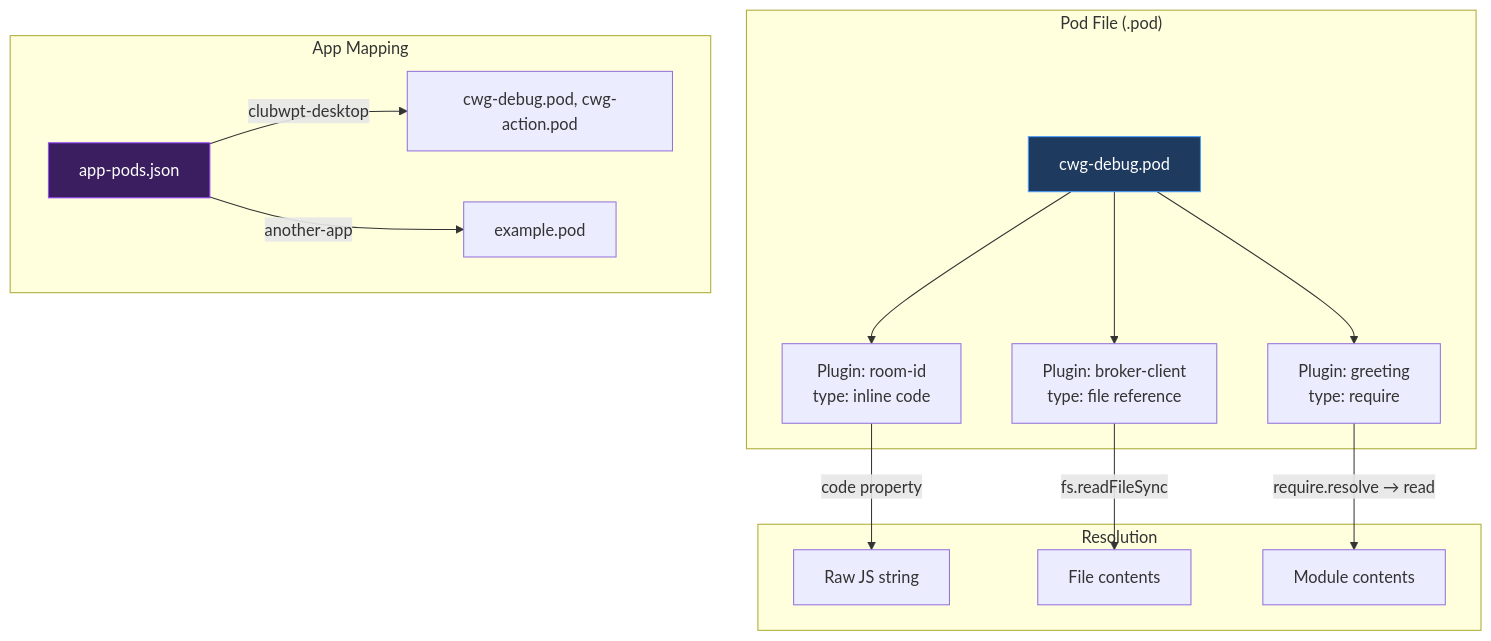
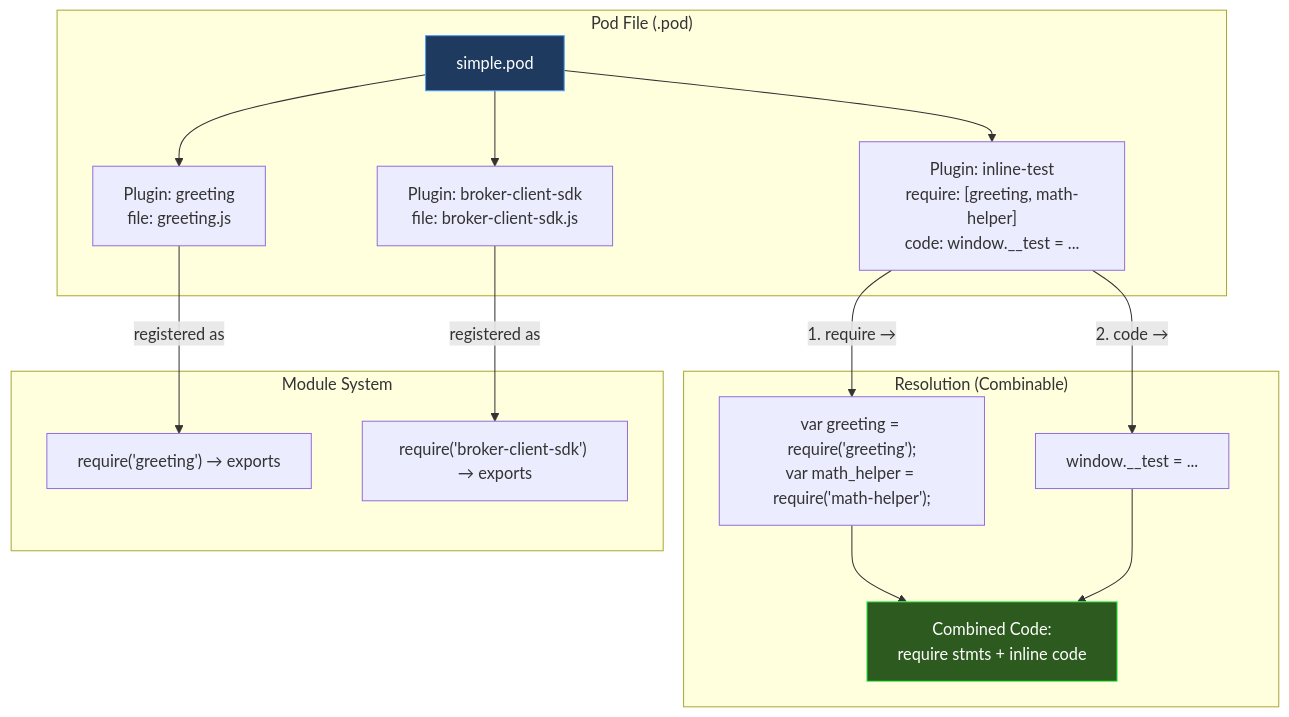
Before and after one commit to jerroldneal/podbay: the first of 5 diagrams in lib/docs/pods.md, drawn with Mermaid. The commit also changed other lines of this file and 110 other files, not shown here.

````diff
--- a/lib/docs/pods.md
+++ b/lib/docs/pods.md
@@ -16,23 +31,24 @@
 ```mermaid
 flowchart TD
     subgraph "Pod File (.pod)"
-        P["cwg-debug.pod"]
-        P --> PL1["Plugin: room-id<br/>type: inline code"]
-        P --> PL2["Plugin: broker-client<br/>type: file reference"]
-        P --> PL3["Plugin: greeting<br/>type: require"]
+        P["simple.pod"]
+        P --> PL1["Plugin: broker-client-sdk<br/>file: broker-client-sdk.js"]
+        P --> PL2["Plugin: inline-test<br/>require: [greeting, math-helper]<br/>code: window.__test = ..."]
+        P --> PL3["Plugin: greeting<br/>file: greeting.js"]
     end
 
-    subgraph "Resolution"
-        PL1 -->|"code property"| R1["Raw JS string"]
-        PL2 -->|"fs.readFileSync"| R2["File contents"]
-        PL3 -->|"require.resolve → read"| R3["Module contents"]
+    subgraph "Resolution (Combinable)"
+        PL2 -->|"1. require →"| R1["var greeting = require('greeting');<br/>var math_helper = require('math-helper');"]
+        PL2 -->|"2. code →"| R2["window.__test = ..."]
+        R1 --> JOINED["Combined Code:<br/>require stmts + inline code"]
+        R2 --> JOINED
     end
 
-    subgraph "App Mapping"
-        AM["app-pods.json"] --> |"clubwpt-desktop"| AP["cwg-debug.pod, cwg-action.pod"]
-        AM --> |"another-app"| AP2["example.pod"]
+    subgraph "Module System"
+        PL3 -->|"registered as"| MOD["require('greeting') → exports"]
+        PL1 -->|"registered as"| MOD2["require('broker-client-sdk') → exports"]
     end
 
     style P fill:#1e3a5f,stroke:#4a9eff,color:#fff
-    style AM fill:#3a1e5f,stroke:#9a4aff,color:#fff
+    style JOINED fill:#2d5a1e,stroke:#4aff5e,color:#fff
 ```
````
